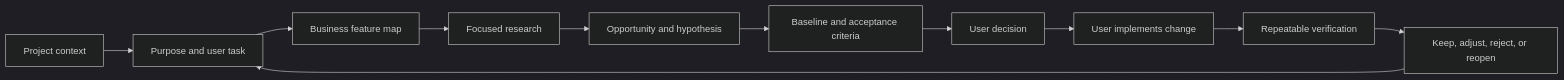
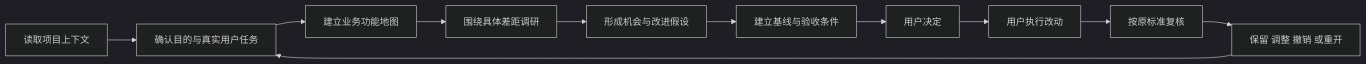
The diagram in README.md (L-L-L-Owen/project-evolution), drawn with Mermaid (dark theme) before and after one commit. The commit also changed other lines of this file and 5 other files, not shown here.

````diff
--- a/README.md
+++ b/README.md
@@ -33,13 +38,13 @@
 ```mermaid
 flowchart LR
-    A[Project context] --> B[Purpose and user task]
-    B --> C[Business feature map]
-    C --> D[Focused research]
-    D --> E[Opportunity and hypothesis]
-    E --> F[Baseline and acceptance criteria]
-    F --> G[User decision]
-    G --> H[User implements change]
-    H --> I[Repeatable verification]
-    I --> J[Keep, adjust, reject, or reopen]
+    A[读取项目上下文] --> B[确认目的与真实用户任务]
+    B --> C[建立业务功能地图]
+    C --> D[围绕具体差距调研]
+    D --> E[形成机会与改进假设]
+    E --> F[建立基线与验收条件]
+    F --> G[用户决定]
+    G --> H[用户执行改动]
+    H --> I[按原标准复核]
+    I --> J[保留 调整 撤销 或重开]
     J --> B
 ```
````
